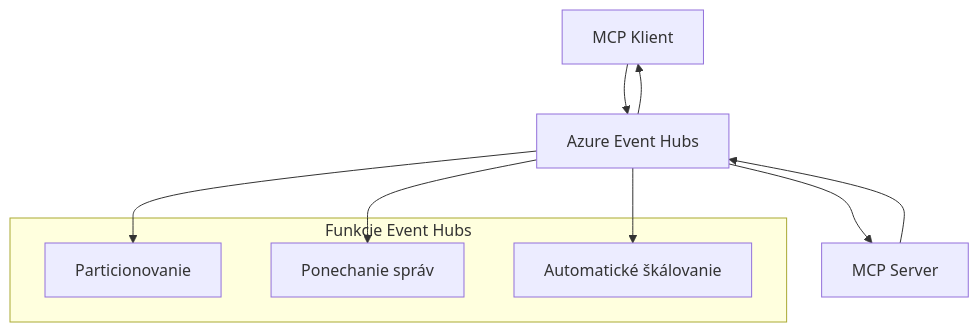
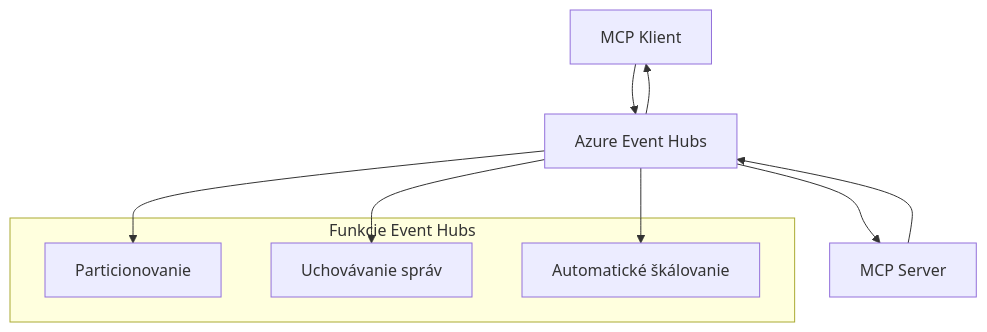
The second of 2 diagrams in mcp_ecosystem__model_context_protocol/mcp_learning_resources/mcp-for-beginners/translations/sk/05-AdvancedTopics/mcp-transport/README.md (HIDORAKAI002/ai-workspace-archive), drawn with Mermaid before and after one commit. The commit also changed other lines of this file and 1046 other files, not shown here.

````diff
--- a/mcp_ecosystem__model_context_protocol/mcp_learning_resources/mcp-for-beginners/translations/sk/05-AdvancedTopics/mcp-transport/README.md
+++ b/mcp_ecosystem__model_context_protocol/mcp_learning_resources/mcp-for-beginners/translations/sk/05-AdvancedTopics/mcp-transport/README.md
@@ -270,17 +272,17 @@
 ```mermaid
 graph TB
     Client[MCP Klient] --> EH[Azure Event Hubs]
     EH --> Server[MCP Server]
     Server --> EH
     EH --> Client
     
     subgraph "Funkcie Event Hubs"
         Partition[Particionovanie]
-        Retention[Ponechanie správ]
+        Retention[Uchovávanie správ]
         Scaling[Automatické škálovanie]
     end
     
     EH --> Partition
     EH --> Retention
     EH --> Scaling
 ```
````
